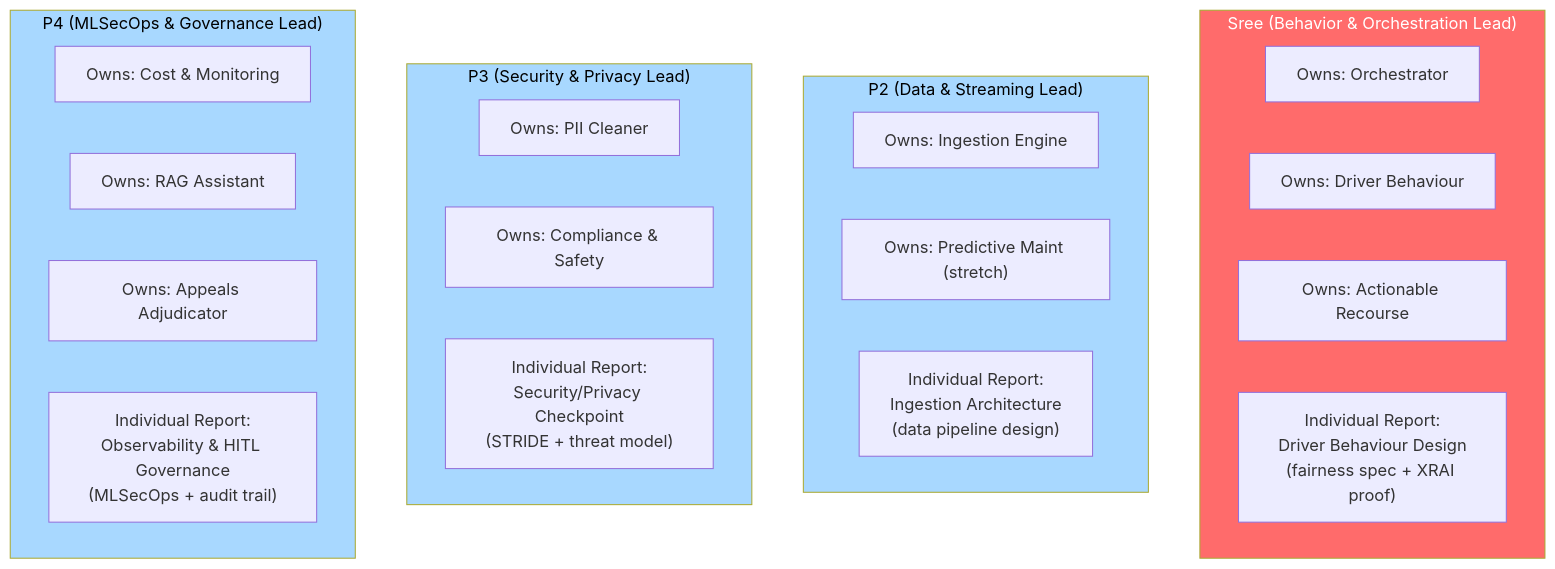
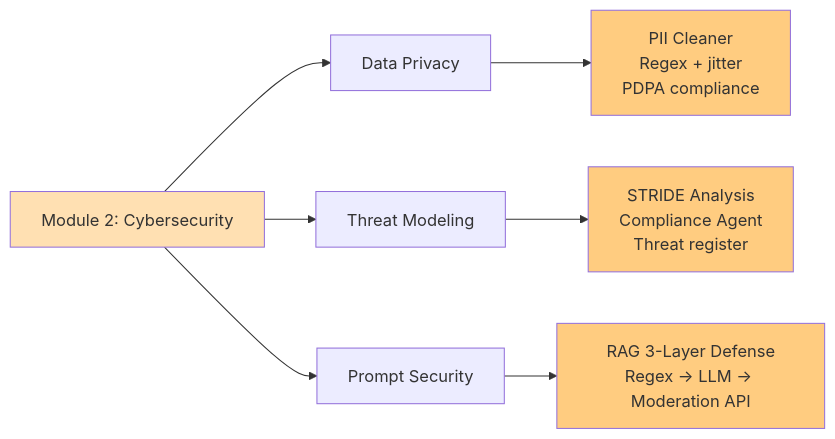
The tenth of 15 diagrams in docs/architecture/master_plan.md (tracedata-ai/tracedata-ai-monorepo), drawn with Mermaid before and after one commit. The commit also changed other lines of this file and 1 other file, not shown here.

````diff
--- a/docs/architecture/master_plan.md
+++ b/docs/architecture/master_plan.md
@@ -208,33 +488,15 @@
 ```mermaid
-graph TB
-    subgraph Sree["Sree (Behavior & Orchestration Lead)"]
-        SO["Owns: Orchestrator"]
-        SD["Owns: Driver Behaviour"]
-        SA["Owns: Actionable Recourse"]
-        SR["Individual Report:<br/>Driver Behaviour Design<br/>(fairness spec + XRAI proof)"]
-    end
+graph LR
+    MOD2["Module 2: Cybersecurity"] --> A["Data Privacy"]
+    MOD2 --> B["Threat Modeling"]
+    MOD2 --> C["Prompt Security"]
 
-    subgraph P2["P2 (Data & Streaming Lead)"]
-        SI["Owns: Ingestion Engine"]
-        SPM["Owns: Predictive Maint (stretch)"]
-        SR2["Individual Report:<br/>Ingestion Architecture<br/>(data pipeline design)"]
-    end
+    A --> A1["PII Cleaner<br/>Regex + jitter<br/>PDPA compliance"]
+    B --> B1["STRIDE Analysis<br/>Compliance Agent<br/>Threat register"]
+    C --> C1["RAG 3-Layer Defense<br/>Regex → LLM → Moderation API"]
 
-    subgraph P3["P3 (Security & Privacy Lead)"]
-        SP["Owns: PII Cleaner"]
-        SC["Owns: Compliance & Safety"]
-        SR3["Individual Report:<br/>Security/Privacy Checkpoint<br/>(STRIDE + threat model)"]
-    end
-
-    subgraph P4["P4 (MLSecOps & Governance Lead)"]
-        SM["Owns: Cost & Monitoring"]
-        SRA["Owns: RAG Assistant"]
-        SAP["Owns: Appeals Adjudicator"]
-        SR4["Individual Report:<br/>Observability & HITL Governance<br/>(MLSecOps + audit trail)"]
-    end
-
-    style Sree fill:#ff6b6b,color:#fff
-    style P2 fill:#a8d8ff,color:#000
-    style P3 fill:#a8d8ff,color:#000
-    style P4 fill:#a8d8ff,color:#000
+    style MOD2 fill:#ffe0b2
+    style A1 fill:#ffcc80
+    style B1 fill:#ffcc80
+    style C1 fill:#ffcc80
 ```
````
